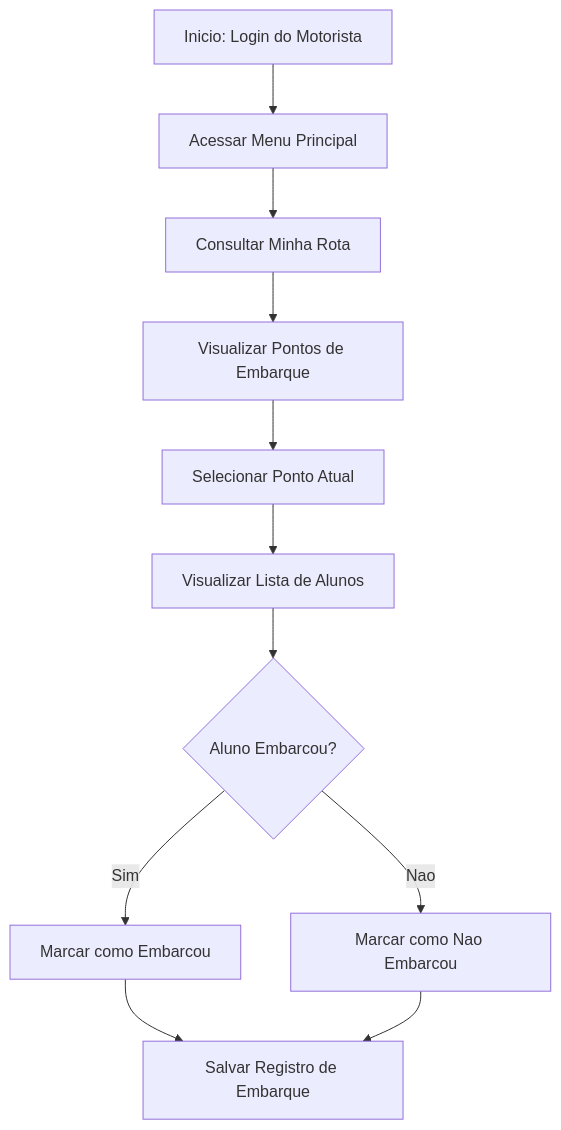
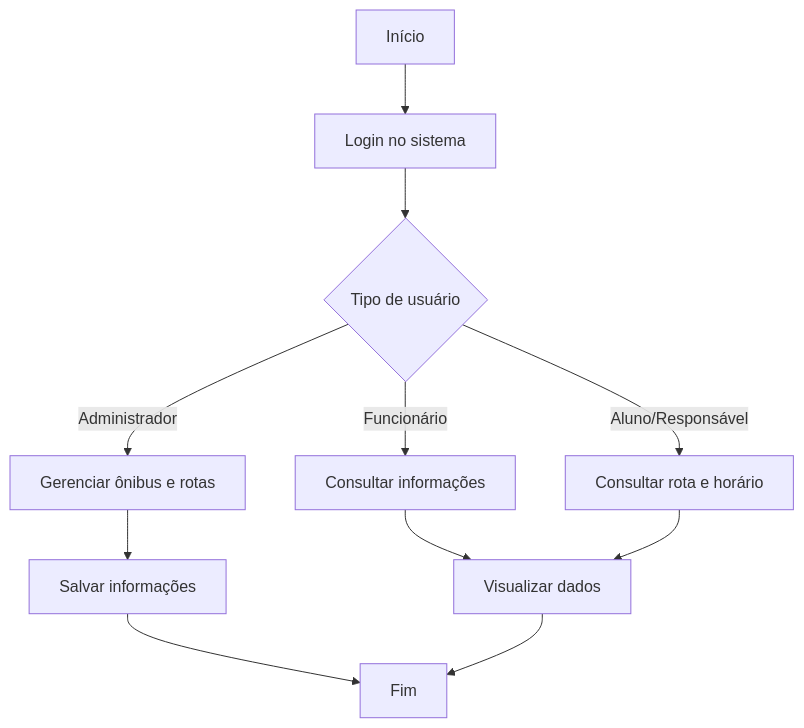
The first of 2 diagrams in README.md (acucena15/Teste_repo_01), drawn with Mermaid before and after one commit. The commit also changed other lines of this file, not shown here.

First line of the commit message:
Revise README with flowcharts and ER diagrams

````diff
--- a/README.md
+++ b/README.md
@@ -34,13 +1,16 @@
 ```mermaid
-graph TD
-    A[Inicio: Login do Motorista] --> B[Acessar Menu Principal]
-    B --> C[Consultar Minha Rota]
-    C --> D[Visualizar Pontos de Embarque]
-    D --> E[Selecionar Ponto Atual]
-    E --> F[Visualizar Lista de Alunos]
-    F --> G{Aluno Embarcou?}
-    G -- Sim --> H[Marcar como Embarcou]
-    G -- Nao --> I[Marcar como Nao Embarcou]
-    H --> J[Salvar Registro de Embarque]
-    I --> J
+flowchart TD
+    A[Início] --> B[Login no sistema]
+    B --> C{Tipo de usuário}
+
+    C -->|Administrador| D[Gerenciar ônibus e rotas]
+    C -->|Funcionário| E[Consultar informações]
+    C -->|Aluno/Responsável| F[Consultar rota e horário]
+
+    D --> G[Salvar informações]
+    E --> H[Visualizar dados]
+    F --> H
+
+    G --> I[Fim]
+    H --> I
 ```
````
